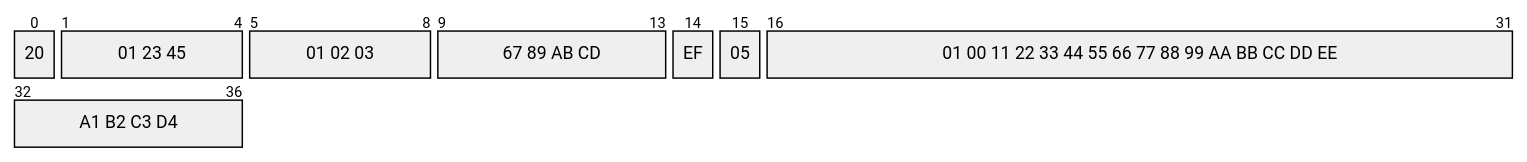
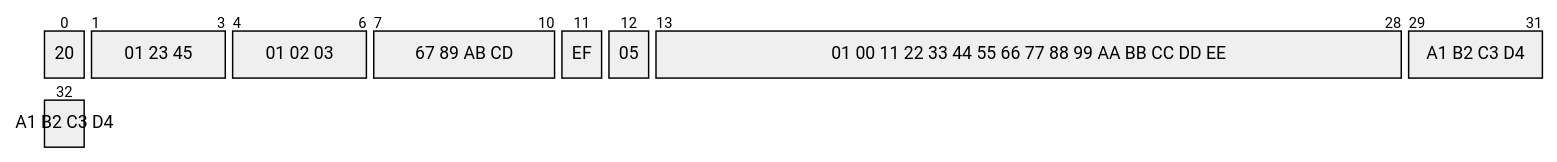
The second of 7 diagrams in README.md (juanjin-dev/learning-lorawan), drawn with Mermaid before and after one commit. The commit also changed other lines of this file, not shown here.

````diff
--- a/README.md
+++ b/README.md
@@ -606,11 +606,11 @@
 ```mermaid
 packet
 0: "20"
-1-4: "01 23 45"
-5-8: "01 02 03"
-9-13: "67 89 AB CD"
-14: "EF"
-15: "05"
-16-31: "01 00 11 22 33 44 55 66 77 88 99 AA BB CC DD EE"
-32-36: "A1 B2 C3 D4"
+1-3: "01 23 45"
+4-6: "01 02 03"
+7-10: "67 89 AB CD"
+11: "EF"
+12: "05"
+13-28: "01 00 11 22 33 44 55 66 77 88 99 AA BB CC DD EE"
+29-32: "A1 B2 C3 D4"
 ```
````
